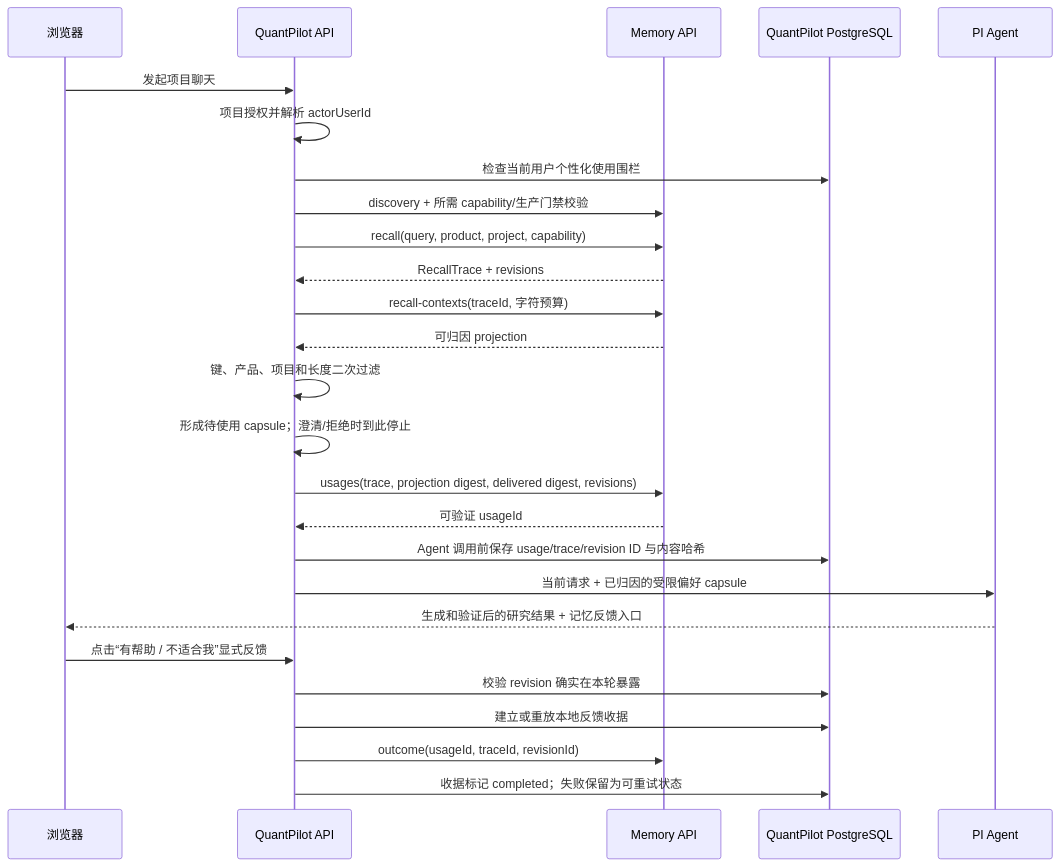
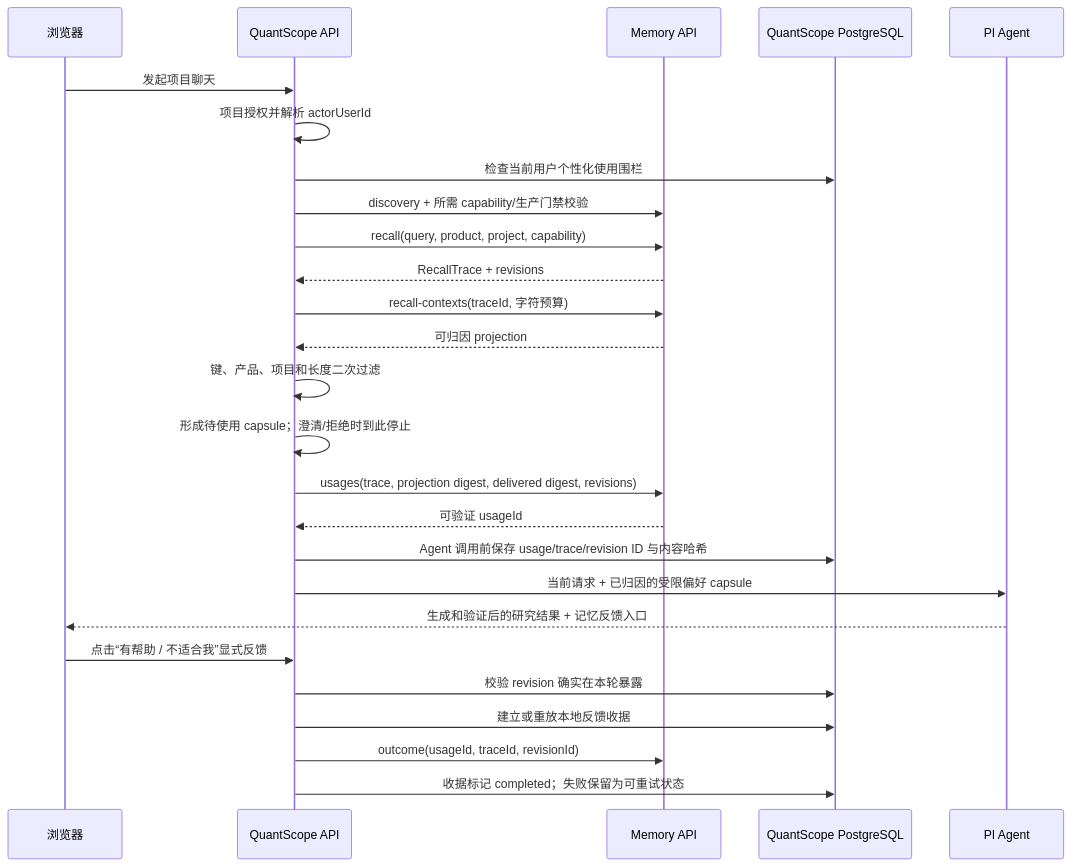
One commit to PeaceMaker-best/QuantPilot changed the diagram in docs/user-memory-integration.md. Above: the diagram before and after it, drawn with Mermaid. The commit also changed other lines of this file and 205 other files, not shown here.

Commit message:
Rename project to QuantScope and remove legacy owner links

````diff
--- a/docs/user-memory-integration.md
+++ b/docs/user-memory-integration.md
@@ -93,29 +93,29 @@
 ```mermaid
 sequenceDiagram
   participant B as 浏览器
-  participant Q as QuantPilot API
+  participant Q as QuantScope API
   participant M as Memory API
-  participant P as QuantPilot PostgreSQL
+  participant P as QuantScope PostgreSQL
   participant A as PI Agent
 
   B->>Q: 发起项目聊天
   Q->>Q: 项目授权并解析 actorUserId
   Q->>P: 检查当前用户个性化使用围栏
   Q->>M: discovery + 所需 capability/生产门禁校验
   Q->>M: recall(query, product, project, capability)
   M-->>Q: RecallTrace + revisions
   Q->>M: recall-contexts(traceId, 字符预算)
   M-->>Q: 可归因 projection
   Q->>Q: 键、产品、项目和长度二次过滤
   Q->>Q: 形成待使用 capsule；澄清/拒绝时到此停止
   Q->>M: usages(trace, projection digest, delivered digest, revisions)
   M-->>Q: 可验证 usageId
   Q->>P: Agent 调用前保存 usage/trace/revision ID 与内容哈希
   Q->>A: 当前请求 + 已归因的受限偏好 capsule
   A-->>B: 生成和验证后的研究结果 + 记忆反馈入口
   B->>Q: 点击“有帮助 / 不适合我”显式反馈
   Q->>P: 校验 revision 确实在本轮暴露
   Q->>P: 建立或重放本地反馈收据
   Q->>M: outcome(usageId, traceId, revisionId)
   Q->>P: 收据标记 completed；失败保留为可重试状态
 ```
````
